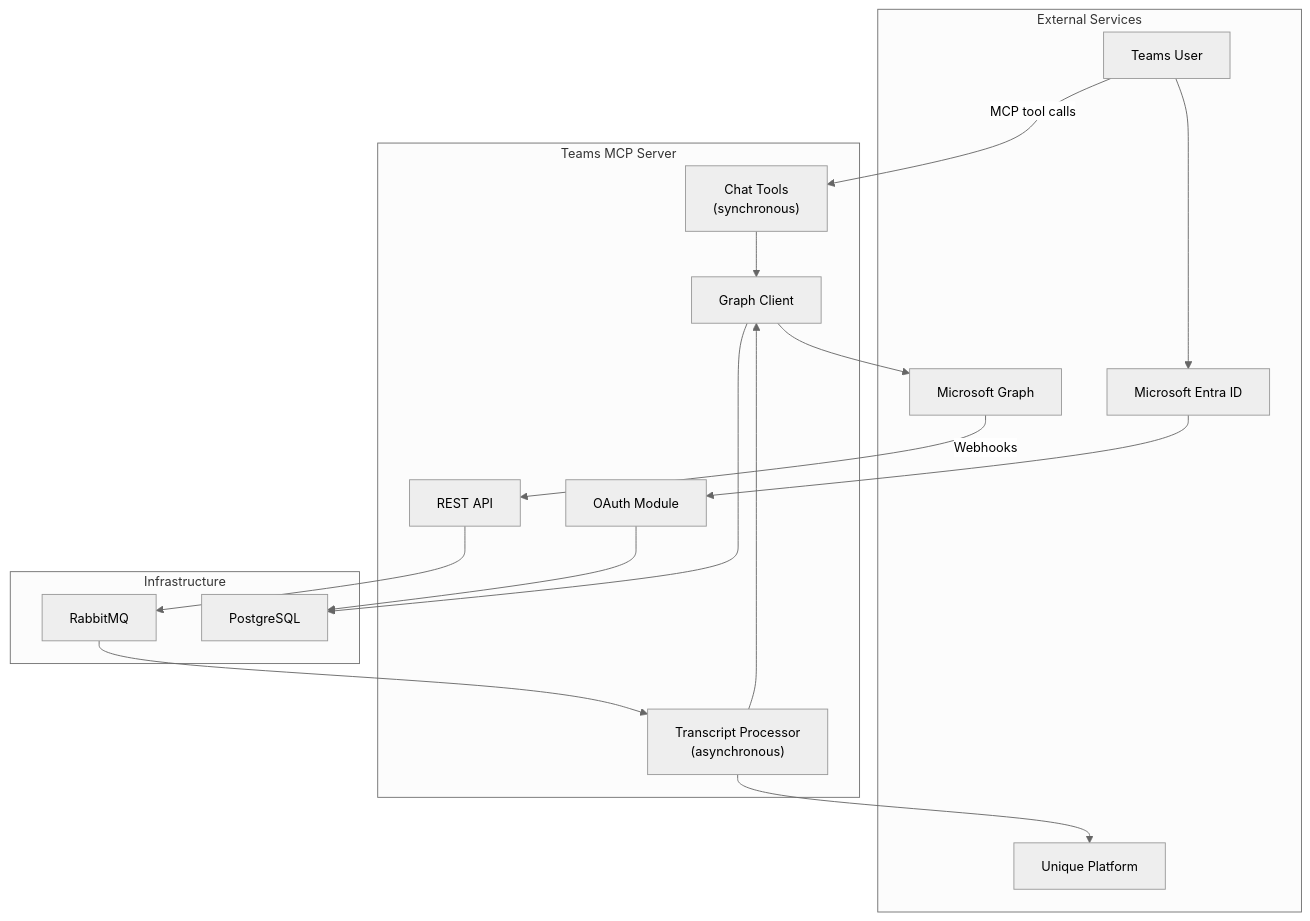
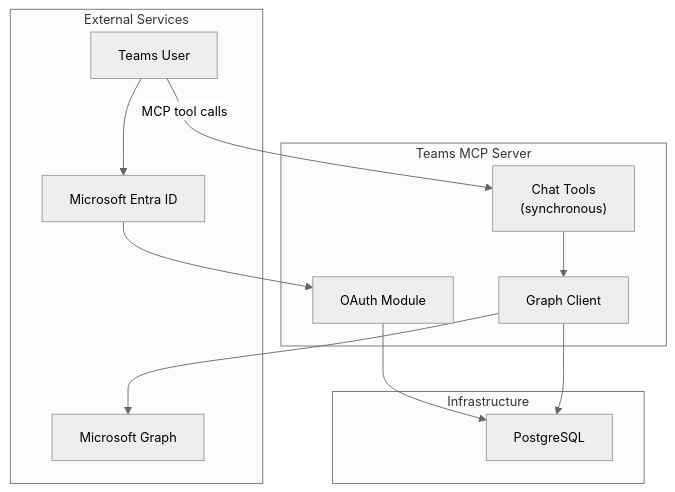
The first of 4 diagrams in services/teams-mcp/docs/technical/architecture.md (Unique-AG/connectors), drawn with Mermaid before and after one commit. The commit also changed other lines of this file and 19 other files, not shown here.

````diff
--- a/services/teams-mcp/docs/technical/architecture.md
+++ b/services/teams-mcp/docs/technical/architecture.md
@@ -19,40 +17,29 @@
 ```mermaid
 %%{init: {'theme': 'neutral', 'themeVariables': { 'fontSize': '14px' }}}%%
 flowchart TB
     subgraph External["External Services"]
         User["Teams User"]
         EntraID["Microsoft Entra ID"]
         MSGraph["Microsoft Graph"]
-        Unique["Unique Platform"]
     end
 
     subgraph TeamsMCP["Teams MCP Server"]
         OAuth["OAuth Module"]
-        API["REST API"]
         ChatTools["Chat Tools<br/>(synchronous)"]
-        Processor["Transcript Processor<br/>(asynchronous)"]
         GraphClient["Graph Client"]
     end
 
     subgraph Infrastructure["Infrastructure"]
-        Queue["RabbitMQ"]
         DB["PostgreSQL"]
     end
 
     User --> EntraID
     EntraID --> OAuth
     OAuth --> DB
 
     User -->|"MCP tool calls"| ChatTools
     ChatTools --> GraphClient
 
-    MSGraph -->|"Webhooks"| API
-    API --> Queue
-    Queue --> Processor
-
-    Processor --> GraphClient
     GraphClient --> DB
     GraphClient --> MSGraph
-
-    Processor --> Unique
 ```
````
